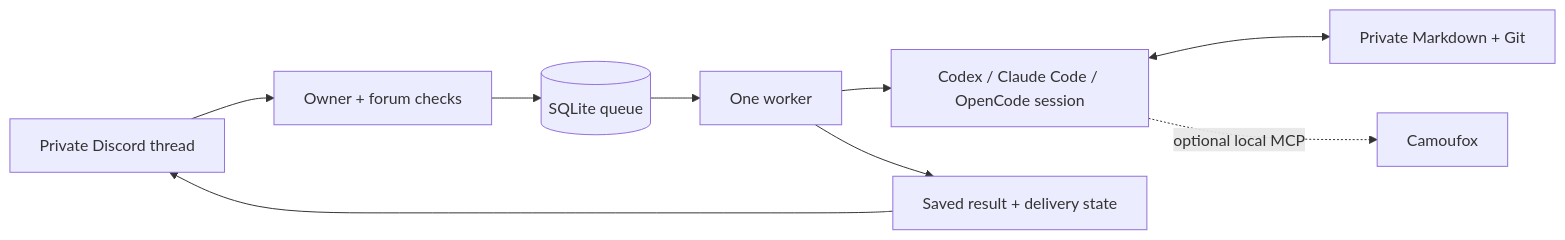
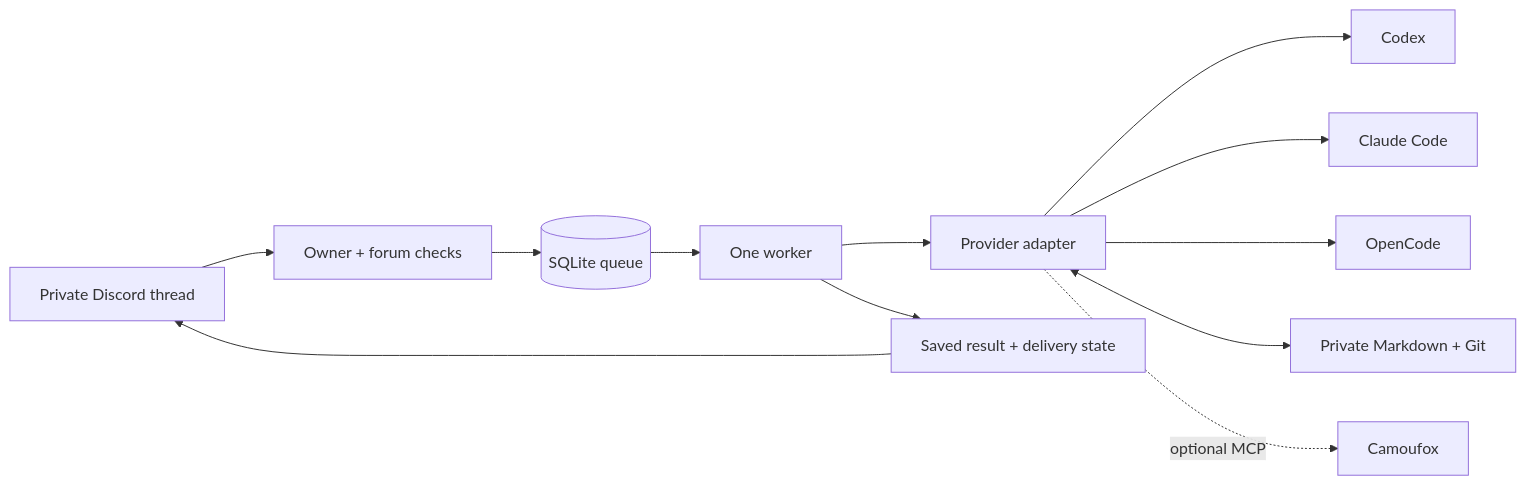
Before and after one commit to dalkedev/plompy-engine: the diagram in README.md, drawn with Mermaid. The commit also changed other lines of this file and 15 other files, not shown here.

````diff
--- a/README.md
+++ b/README.md
@@ -59,11 +101,14 @@
 ```mermaid
 flowchart LR
     Discord["Private Discord thread"] --> Guard["Owner + forum checks"]
     Guard --> Queue[(SQLite queue)]
     Queue --> Worker["One worker"]
-    Worker --> Codex["Codex / Claude Code / OpenCode session"]
-    Codex <--> Memory["Private Markdown + Git"]
-    Codex -. "optional local MCP" .-> Browser["Camoufox"]
+    Worker --> Runner["Provider adapter"]
+    Runner --> Codex["Codex"]
+    Runner --> Claude["Claude Code"]
+    Runner --> OpenCode["OpenCode"]
+    Runner <--> Memory["Private Markdown + Git"]
+    Runner -. "optional MCP" .-> Browser["Camoufox"]
     Worker --> Result["Saved result + delivery state"]
     Result --> Discord
 ```
````
